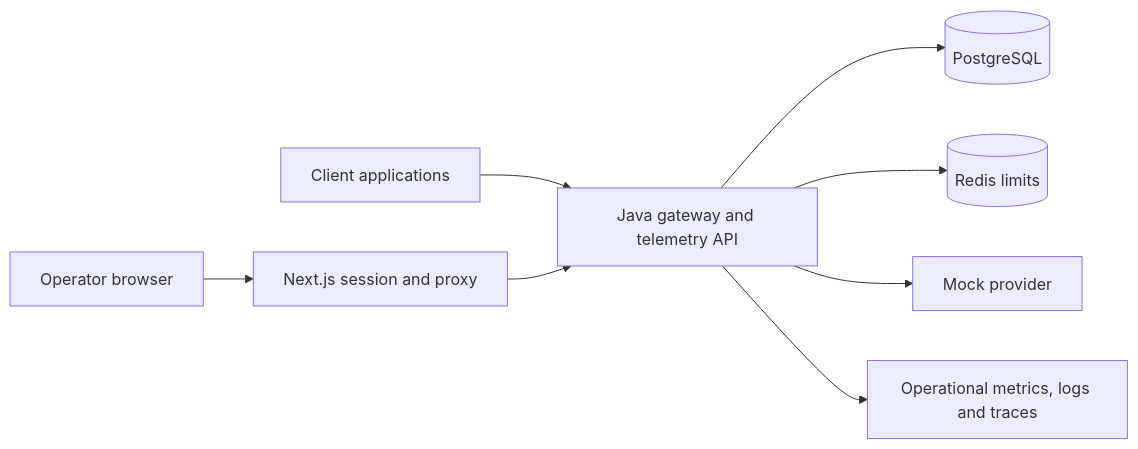
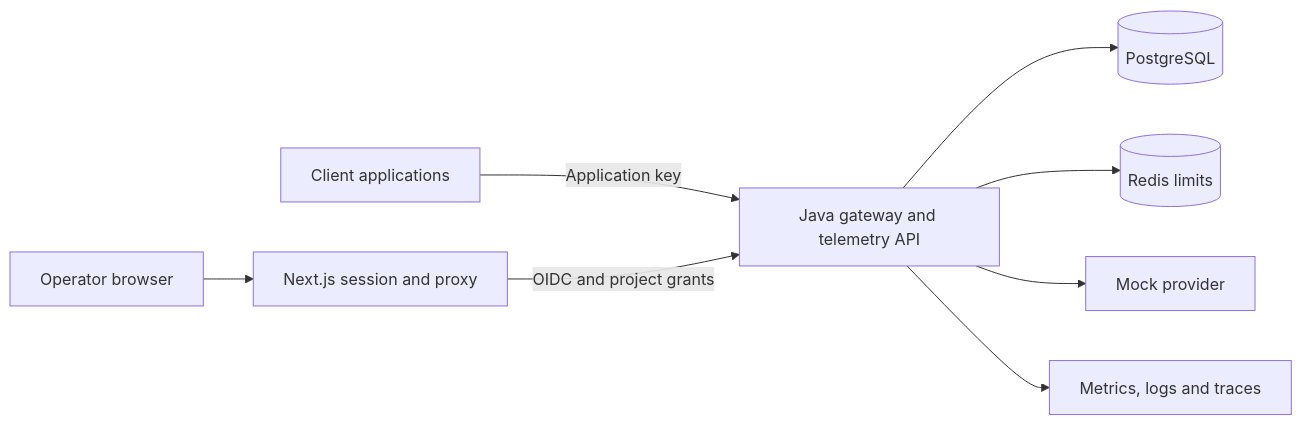
Before and after one commit to christiankfoury/llmops-platform: the diagram in README.md, drawn with Mermaid. The commit also changed other lines of this file and 105 other files, not shown here.

````diff
--- a/README.md
+++ b/README.md
@@ -84,10 +62,10 @@
 ```mermaid
 flowchart LR
-  clients[Client applications] --> gateway[Java gateway and telemetry API]
+  clients[Client applications] -->|Application key| api[Java gateway and telemetry API]
   browser[Operator browser] --> web[Next.js session and proxy]
-  web --> gateway
-  gateway --> pg[(PostgreSQL)]
-  gateway --> redis[(Redis limits)]
-  gateway --> mock[Mock provider]
-  gateway --> signals[Operational metrics, logs and traces]
+  web -->|OIDC and project grants| api
+  api --> pg[(PostgreSQL)]
+  api --> redis[(Redis limits)]
+  api --> mock[Mock provider]
+  api --> signals[Metrics, logs and traces]
 ```
````
